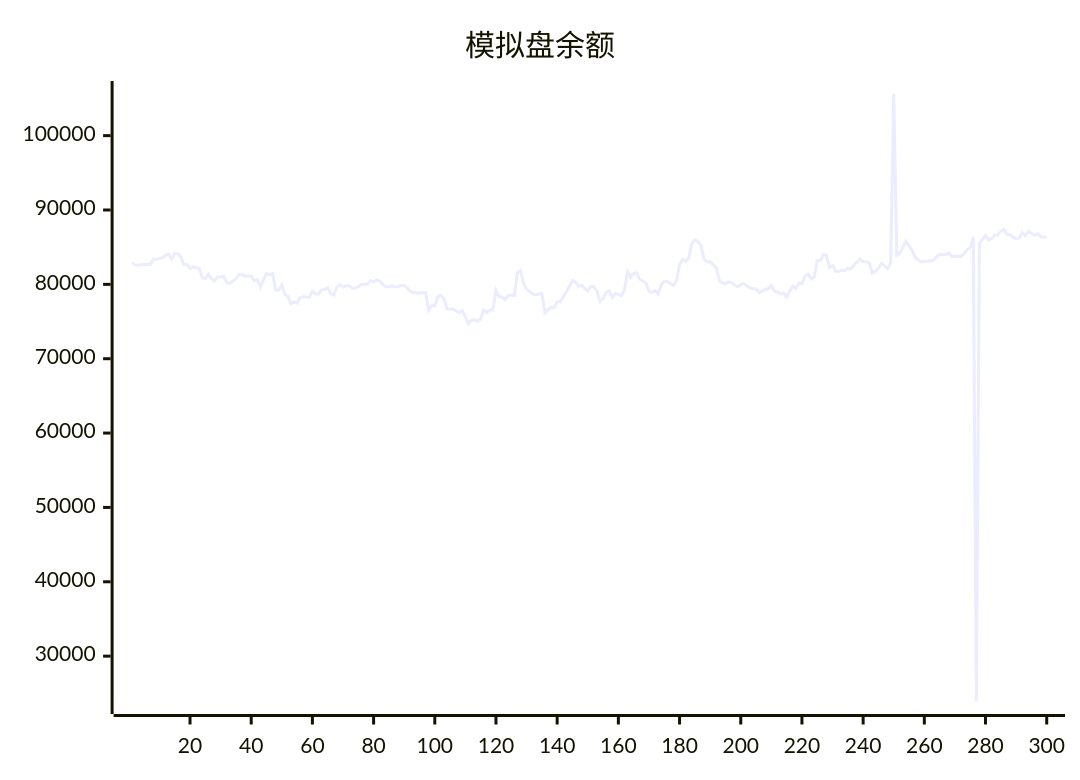
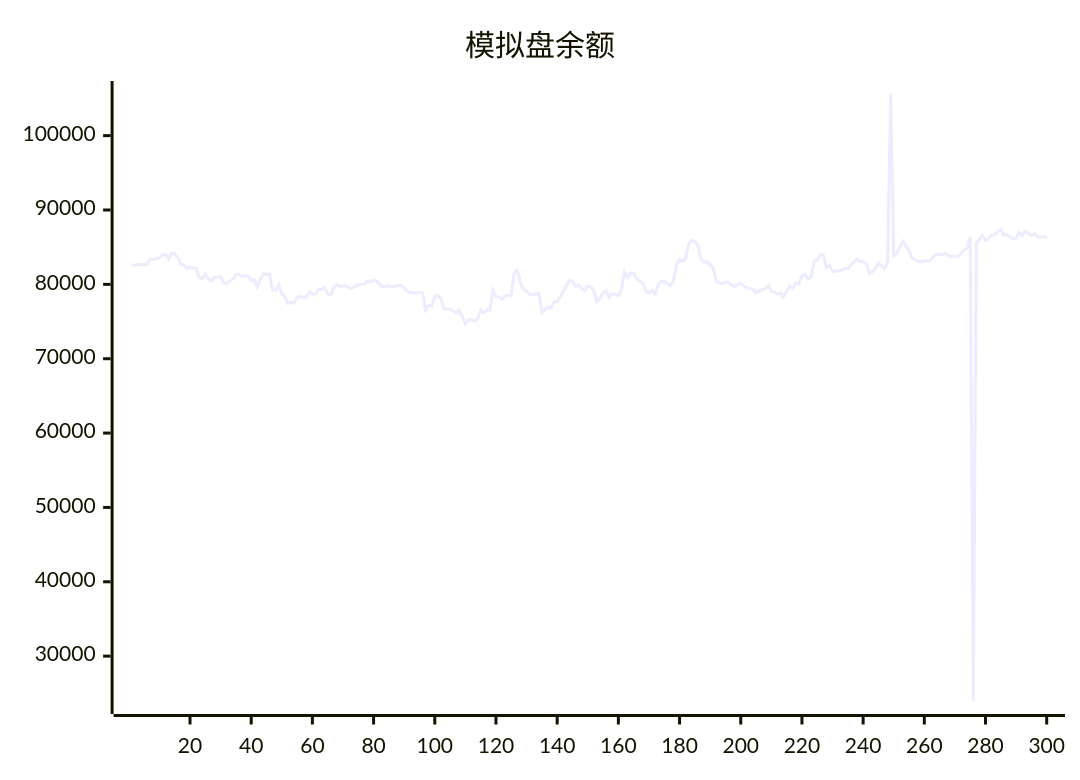
One commit to aahl/ai-trading changed the diagram in README.md. Above: the diagram before and after it, drawn with Mermaid. The commit also changed other lines of this file and 1 other file, not shown here.

````diff
--- a/README.md
+++ b/README.md
@@ -5,5 +5,5 @@
 ```mermaid
 xychart
     title "模拟盘余额"
-    line [82950,82626,82571,82633,82670,82670,82681,83386,83378,83464,83579,83920,84037,83402,84160,84142,83652,82655,82655,82145,82315,82243,82163,80934,80770,81371,80742,80468,80989,80989,81067,80191,80155,80450,80737,81309,81309,81106,81119,81119,80471,80631,79624,80670,81448,81290,81429,79212,79222,79940,78643,78380,77432,77623,77504,78235,78358,78284,78277,79048,78714,78714,79290,79308,79567,78763,78563,79603,79988,79652,79813,79813,79476,79469,79673,79995,80015,80015,80486,80314,80600,80436,79966,79689,79689,79819,79692,79692,79850,79850,79518,79071,78889,78850,78850,78878,78878,76554,77202,77103,78357,78510,78106,76678,76677,76672,76411,76159,76485,75656,74695,75197,75246,75052,75334,76564,76179,76553,76551,79196,78300,78300,77944,78531,78531,78521,81564,81884,80160,79335,79055,78675,78580,78708,78764,76179,76586,76902,76876,77658,77669,78346,79023,79769,80497,80366,79761,79896,79448,79126,79749,79658,79097,77695,78114,78888,79126,78249,78738,78653,78478,79271,81680,80923,81488,81527,80681,80455,80190,79084,78879,79193,78686,79954,80403,80374,80118,79848,80491,82665,83351,83098,83525,85430,85983,85737,85221,83378,83014,83043,82613,82216,80477,80208,80081,80348,80277,79894,79670,79965,80093,79786,79542,79406,79371,78893,79087,79304,79406,79841,79072,78978,78696,78846,78272,79085,79787,79442,80198,80031,81120,81379,80718,80985,83214,83212,83993,83921,82270,82547,81776,81776,81866,81866,82158,82061,82596,83000,83408,83041,83050,82858,81503,81691,82188,82812,82517,82092,82901,105633,83898,84180,85030,85781,85178,84604,83569,83298,83008,83093,83107,83175,83228,83729,84025,84017,84019,84177,83775,83762,83785,83738,84160,84639,84939,86370,23934,85548,86046,86599,85942,86161,86622,86664,87115,87369,86666,86685,86384,86152,86243,86969,86548,87164,86885,86566,86809,86427,86348,86417]
+    line [82626,82571,82633,82670,82670,82681,83386,83378,83464,83579,83920,84037,83402,84160,84142,83652,82655,82655,82145,82315,82243,82163,80934,80770,81371,80742,80468,80989,80989,81067,80191,80155,80450,80737,81309,81309,81106,81119,81119,80471,80631,79624,80670,81448,81290,81429,79212,79222,79940,78643,78380,77432,77623,77504,78235,78358,78284,78277,79048,78714,78714,79290,79308,79567,78763,78563,79603,79988,79652,79813,79813,79476,79469,79673,79995,80015,80015,80486,80314,80600,80436,79966,79689,79689,79819,79692,79692,79850,79850,79518,79071,78889,78850,78850,78878,78878,76554,77202,77103,78357,78510,78106,76678,76677,76672,76411,76159,76485,75656,74695,75197,75246,75052,75334,76564,76179,76553,76551,79196,78300,78300,77944,78531,78531,78521,81564,81884,80160,79335,79055,78675,78580,78708,78764,76179,76586,76902,76876,77658,77669,78346,79023,79769,80497,80366,79761,79896,79448,79126,79749,79658,79097,77695,78114,78888,79126,78249,78738,78653,78478,79271,81680,80923,81488,81527,80681,80455,80190,79084,78879,79193,78686,79954,80403,80374,80118,79848,80491,82665,83351,83098,83525,85430,85983,85737,85221,83378,83014,83043,82613,82216,80477,80208,80081,80348,80277,79894,79670,79965,80093,79786,79542,79406,79371,78893,79087,79304,79406,79841,79072,78978,78696,78846,78272,79085,79787,79442,80198,80031,81120,81379,80718,80985,83214,83212,83993,83921,82270,82547,81776,81776,81866,81866,82158,82061,82596,83000,83408,83041,83050,82858,81503,81691,82188,82812,82517,82092,82901,105633,83898,84180,85030,85781,85178,84604,83569,83298,83008,83093,83107,83175,83228,83729,84025,84017,84019,84177,83775,83762,83785,83738,84160,84639,84939,86370,23934,85548,86046,86599,85942,86161,86622,86664,87115,87369,86666,86685,86384,86152,86243,86969,86548,87164,86885,86566,86809,86427,86348,86417,86273]
 ```
````
